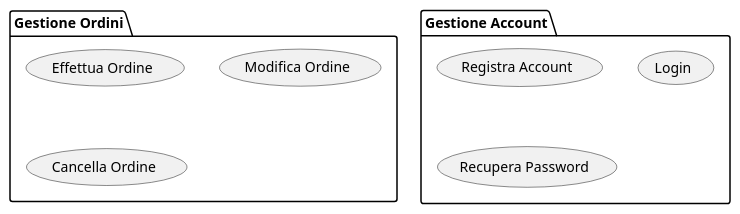
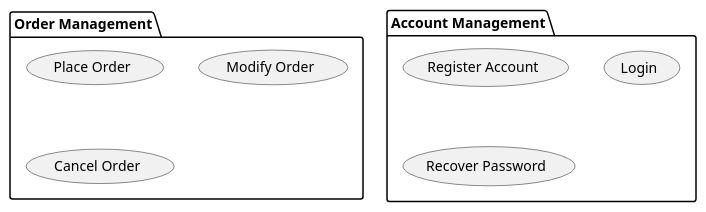
Before and after one commit to Seniorsimo/sas-template: the ninth of 21 diagrams in 03-behavioral-diagrams/use-case-diagrams/README.md, drawn with PlantUML. The commit also changed other lines of this file and 49 other files, not shown here.

````diff
--- a/03-behavioral-diagrams/use-case-diagrams/README.md
+++ b/03-behavioral-diagrams/use-case-diagrams/README.md
@@ -82,14 +82,14 @@
 ```plantuml
-' Casi d'uso raggruppati logicamente
-package "Gestione Ordini" {
-  usecase "Effettua Ordine" as UC1
-  usecase "Modifica Ordine" as UC2
-  usecase "Cancella Ordine" as UC3
+' Logically grouped use cases
+package "Order Management" {
+  usecase "Place Order" as UC1
+  usecase "Modify Order" as UC2
+  usecase "Cancel Order" as UC3
 }
 
-package "Gestione Account" {
-  usecase "Registra Account" as UC4
+package "Account Management" {
+  usecase "Register Account" as UC4
   usecase "Login" as UC5
-  usecase "Recupera Password" as UC6
+  usecase "Recover Password" as UC6
 }
 ```
````
